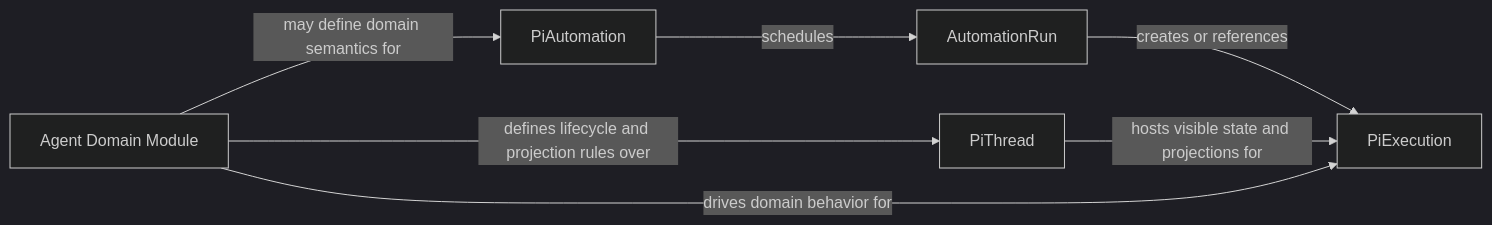
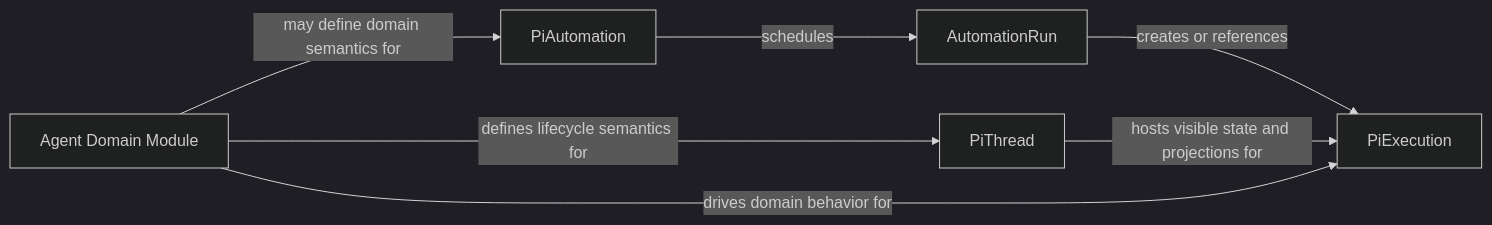
Before and after one commit to EmberAGI/arbitrum-vibekit: the third of 7 diagrams in typescript/clients/web-ag-ui/docs/c4-pi-runtime-architecture-and-boundaries.md, drawn with Mermaid (dark theme). The commit also changed other lines of this file and 16 other files, not shown here.

````diff
--- a/typescript/clients/web-ag-ui/docs/c4-pi-runtime-architecture-and-boundaries.md
+++ b/typescript/clients/web-ag-ui/docs/c4-pi-runtime-architecture-and-boundaries.md
@@ -175,15 +175,15 @@
 ```mermaid
 flowchart LR
   T[PiThread]
   E[PiExecution]
   A[PiAutomation]
   R[AutomationRun]
   D[Agent Domain Module]
 
   A -->|schedules| R
   R -->|creates or references| E
   T -->|hosts visible state and projections for| E
-  D -->|defines lifecycle and projection rules over| T
+  D -->|defines lifecycle semantics for| T
   D -->|drives domain behavior for| E
   D -->|may define domain semantics for| A
 ```
````
